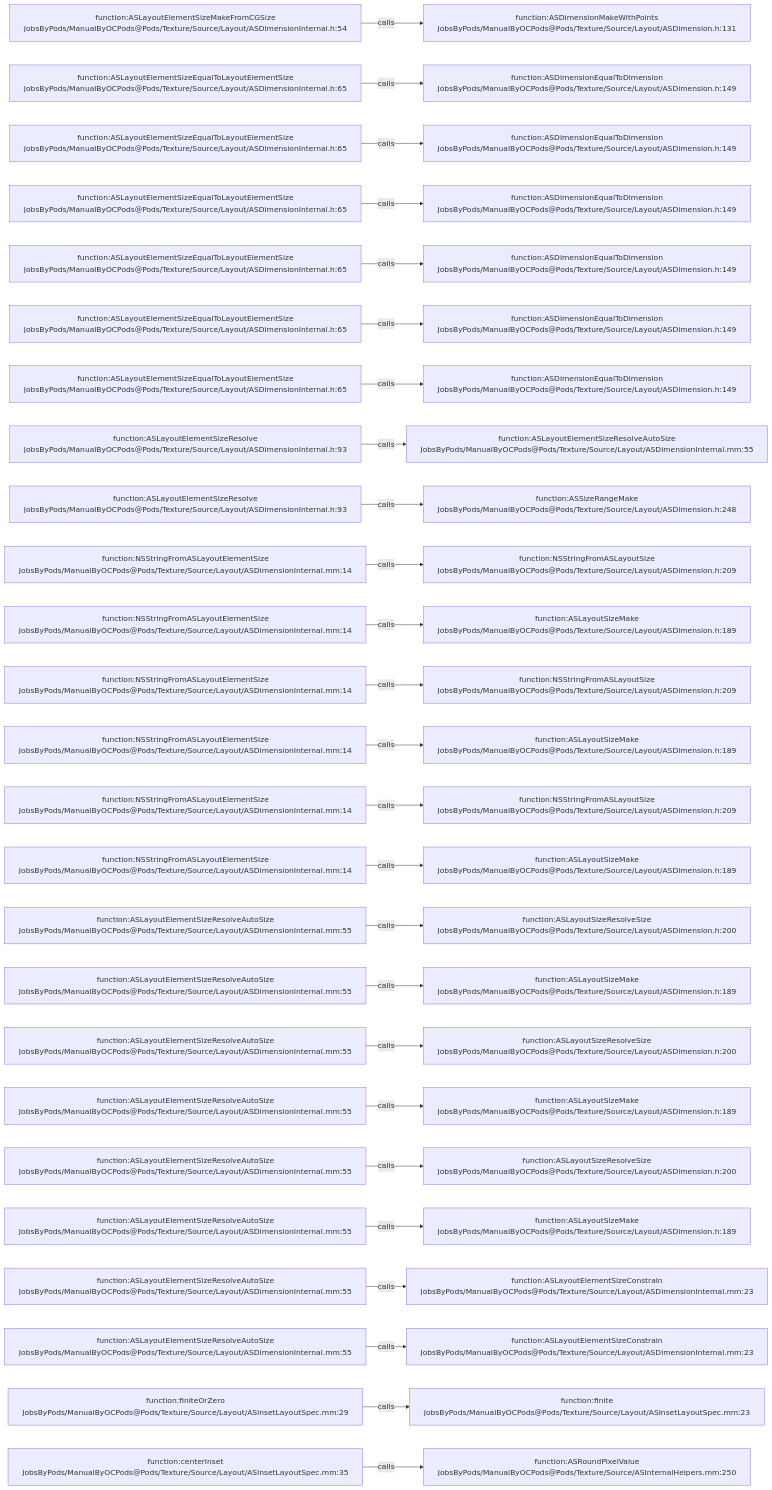
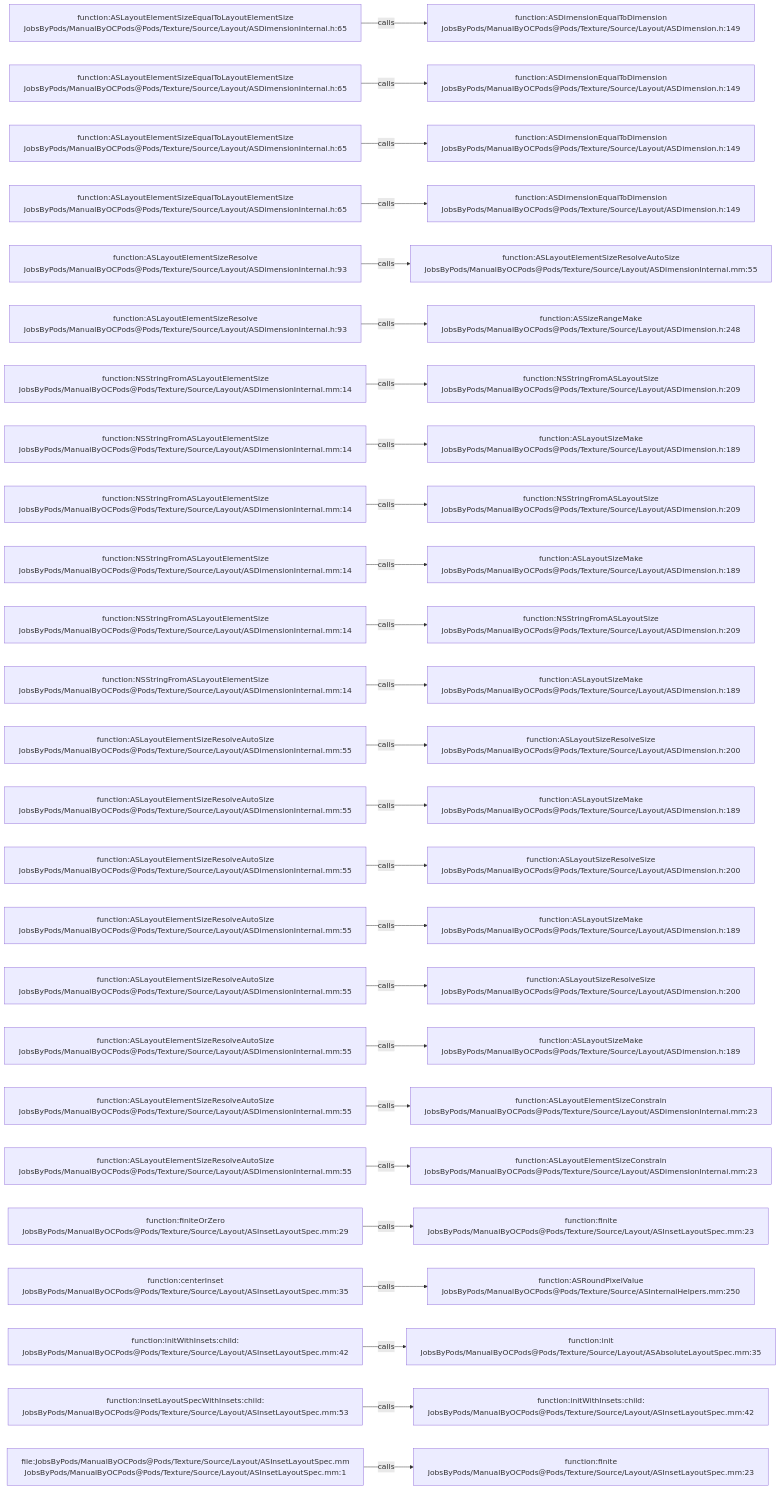
The diagram in .codegraph/codegraph.md/graphs/calls-179.md (JobsKits/JobsOCBaseConfigDemo), drawn with Mermaid before and after one commit. The commit also changed 342 other files, not shown here.

````diff
--- a/.codegraph/codegraph.md/graphs/calls-179.md
+++ b/.codegraph/codegraph.md/graphs/calls-179.md
@@ -13,78 +13,78 @@
 ```mermaid
 flowchart LR
-  S1["function:ASLayoutElementSizeMakeFromCGSize<br/>JobsByPods/ManualByOCPods@Pods/Texture/Source/Layout/ASDimensionInternal.h:54"]
-  T1["function:ASDimensionMakeWithPoints<br/>JobsByPods/ManualByOCPods@Pods/Texture/Source/Layout/ASDimension.h:131"]
+  S1["function:ASLayoutElementSizeEqualToLayoutElementSize<br/>JobsByPods/ManualByOCPods@Pods/Texture/Source/Layout/ASDimensionInternal.h:65"]
+  T1["function:ASDimensionEqualToDimension<br/>JobsByPods/ManualByOCPods@Pods/Texture/Source/Layout/ASDimension.h:149"]
   S1 -->|calls| T1
   S2["function:ASLayoutElementSizeEqualToLayoutElementSize<br/>JobsByPods/ManualByOCPods@Pods/Texture/Source/Layout/ASDimensionInternal.h:65"]
   T2["function:ASDimensionEqualToDimension<br/>JobsByPods/ManualByOCPods@Pods/Texture/Source/Layout/ASDimension.h:149"]
   S2 -->|calls| T2
   S3["function:ASLayoutElementSizeEqualToLayoutElementSize<br/>JobsByPods/ManualByOCPods@Pods/Texture/Source/Layout/ASDimensionInternal.h:65"]
   T3["function:ASDimensionEqualToDimension<br/>JobsByPods/ManualByOCPods@Pods/Texture/Source/Layout/ASDimension.h:149"]
   S3 -->|calls| T3
   S4["function:ASLayoutElementSizeEqualToLayoutElementSize<br/>JobsByPods/ManualByOCPods@Pods/Texture/Source/Layout/ASDimensionInternal.h:65"]
   T4["function:ASDimensionEqualToDimension<br/>JobsByPods/ManualByOCPods@Pods/Texture/Source/Layout/ASDimension.h:149"]
   S4 -->|calls| T4
-  S5["function:ASLayoutElementSizeEqualToLayoutElementSize<br/>JobsByPods/ManualByOCPods@Pods/Texture/Source/Layout/ASDimensionInternal.h:65"]
-  T5["function:ASDimensionEqualToDimension<br/>JobsByPods/ManualByOCPods@Pods/Texture/Source/Layout/ASDimension.h:149"]
+  S5["function:ASLayoutElementSizeResolve<br/>JobsByPods/ManualByOCPods@Pods/Texture/Source/Layout/ASDimensionInternal.h:93"]
+  T5["function:ASLayoutElementSizeResolveAutoSize<br/>JobsByPods/ManualByOCPods@Pods/Texture/Source/Layout/ASDimensionInternal.mm:55"]
   S5 -->|calls| T5
-  S6["function:ASLayoutElementSizeEqualToLayoutElementSize<br/>JobsByPods/ManualByOCPods@Pods/Texture/Source/Layout/ASDimensionInternal.h:65"]
-  T6["function:ASDimensionEqualToDimension<br/>JobsByPods/ManualByOCPods@Pods/Texture/Source/Layout/ASDimension.h:149"]
+  S6["function:ASLayoutElementSizeResolve<br/>JobsByPods/ManualByOCPods@Pods/Texture/Source/Layout/ASDimensionInternal.h:93"]
+  T6["function:ASSizeRangeMake<br/>JobsByPods/ManualByOCPods@Pods/Texture/Source/Layout/ASDimension.h:248"]
   S6 -->|calls| T6
-  S7["function:ASLayoutElementSizeEqualToLayoutElementSize<br/>JobsByPods/ManualByOCPods@Pods/Texture/Source/Layout/ASDimensionInternal.h:65"]
-  T7["function:ASDimensionEqualToDimension<br/>JobsByPods/ManualByOCPods@Pods/Texture/Source/Layout/ASDimension.h:149"]
+  S7["function:NSStringFromASLayoutElementSize<br/>JobsByPods/ManualByOCPods@Pods/Texture/Source/Layout/ASDimensionInternal.mm:14"]
+  T7["function:NSStringFromASLayoutSize<br/>JobsByPods/ManualByOCPods@Pods/Texture/Source/Layout/ASDimension.h:209"]
   S7 -->|calls| T7
-  S8["function:ASLayoutElementSizeResolve<br/>JobsByPods/ManualByOCPods@Pods/Texture/Source/Layout/ASDimensionInternal.h:93"]
-  T8["function:ASLayoutElementSizeResolveAutoSize<br/>JobsByPods/ManualByOCPods@Pods/Texture/Source/Layout/ASDimensionInternal.mm:55"]
+  S8["function:NSStringFromASLayoutElementSize<br/>JobsByPods/ManualByOCPods@Pods/Texture/Source/Layout/ASDimensionInternal.mm:14"]
+  T8["function:ASLayoutSizeMake<br/>JobsByPods/ManualByOCPods@Pods/Texture/Source/Layout/ASDimension.h:189"]
   S8 -->|calls| T8
-  S9["function:ASLayoutElementSizeResolve<br/>JobsByPods/ManualByOCPods@Pods/Texture/Source/Layout/ASDimensionInternal.h:93"]
-  T9["function:ASSizeRangeMake<br/>JobsByPods/ManualByOCPods@Pods/Texture/Source/Layout/ASDimension.h:248"]
+  S9["function:NSStringFromASLayoutElementSize<br/>JobsByPods/ManualByOCPods@Pods/Texture/Source/Layout/ASDimensionInternal.mm:14"]
+  T9["function:NSStringFromASLayoutSize<br/>JobsByPods/ManualByOCPods@Pods/Texture/Source/Layout/ASDimension.h:209"]
   S9 -->|calls| T9
   S10["function:NSStringFromASLayoutElementSize<br/>JobsByPods/ManualByOCPods@Pods/Texture/Source/Layout/ASDimensionInternal.mm:14"]
-  T10["function:NSStringFromASLayoutSize<br/>JobsByPods/ManualByOCPods@Pods/Texture/Source/Layout/ASDimension.h:209"]
+  T10["function:ASLayoutSizeMake<br/>JobsByPods/ManualByOCPods@Pods/Texture/Source/Layout/ASDimension.h:189"]
   S10 -->|calls| T10
   S11["function:NSStringFromASLayoutElementSize<br/>JobsByPods/ManualByOCPods@Pods/Texture/Source/Layout/ASDimensionInternal.mm:14"]
-  T11["function:ASLayoutSizeMake<br/>JobsByPods/ManualByOCPods@Pods/Texture/Source/Layout/ASDimension.h:189"]
+  T11["function:NSStringFromASLayoutSize<br/>JobsByPods/ManualByOCPods@Pods/Texture/Source/Layout/ASDimension.h:209"]
   S11 -->|calls| T11
   S12["function:NSStringFromASLayoutElementSize<br/>JobsByPods/ManualByOCPods@Pods/Texture/Source/Layout/ASDimensionInternal.mm:14"]
-  T12["function:NSStringFromASLayoutSize<br/>JobsByPods/ManualByOCPods@Pods/Texture/Source/Layout/ASDimension.h:209"]
+  T12["function:ASLayoutSizeMake<br/>JobsByPods/ManualByOCPods@Pods/Texture/Source/Layout/ASDimension.h:189"]
   S12 -->|calls| T12
-  S13["function:NSStringFromASLayoutElementSize<br/>JobsByPods/ManualByOCPods@Pods/Texture/Source/Layout/ASDimensionInternal.mm:14"]
-  T13["function:ASLayoutSizeMake<br/>JobsByPods/ManualByOCPods@Pods/Texture/Source/Layout/ASDimension.h:189"]
+  S13["function:ASLayoutElementSizeResolveAutoSize<br/>JobsByPods/ManualByOCPods@Pods/Texture/Source/Layout/ASDimensionInternal.mm:55"]
+  T13["function:ASLayoutSizeResolveSize<br/>JobsByPods/ManualByOCPods@Pods/Texture/Source/Layout/ASDimension.h:200"]
   S13 -->|calls| T13
-  S14["function:NSStringFromASLayoutElementSize<br/>JobsByPods/ManualByOCPods@Pods/Texture/Source/Layout/ASDimensionInternal.mm:14"]
-  T14["function:NSStringFromASLayoutSize<br/>JobsByPods/ManualByOCPods@Pods/Texture/Source/Layout/ASDimension.h:209"]
+  S14["function:ASLayoutElementSizeResolveAutoSize<br/>JobsByPods/ManualByOCPods@Pods/Texture/Source/Layout/ASDimensionInternal.mm:55"]
+  T14["function:ASLayoutSizeMake<br/>JobsByPods/ManualByOCPods@Pods/Texture/Source/Layout/ASDimension.h:189"]
   S14 -->|calls| T14
-  S15["function:NSStringFromASLayoutElementSize<br/>JobsByPods/ManualByOCPods@Pods/Texture/Source/Layout/ASDimensionInternal.mm:14"]
-  T15["function:ASLayoutSizeMake<br/>JobsByPods/ManualByOCPods@Pods/Texture/Source/Layout/ASDimension.h:189"]
+  S15["function:ASLayoutElementSizeResolveAutoSize<br/>JobsByPods/ManualByOCPods@Pods/Texture/Source/Layout/ASDimensionInternal.mm:55"]
+  T15["function:ASLayoutSizeResolveSize<br/>JobsByPods/ManualByOCPods@Pods/Texture/Source/Layout/ASDimension.h:200"]
   S15 -->|calls| T15
   S16["function:ASLayoutElementSizeResolveAutoSize<br/>JobsByPods/ManualByOCPods@Pods/Texture/Source/Layout/ASDimensionInternal.mm:55"]
-  T16["function:ASLayoutSizeResolveSize<br/>JobsByPods/ManualByOCPods@Pods/Texture/Source/Layout/ASDimension.h:200"]
+  T16["function:ASLayoutSizeMake<br/>JobsByPods/ManualByOCPods@Pods/Texture/Source/Layout/ASDimension.h:189"]
   S16 -->|calls| T16
   S17["function:ASLayoutElementSizeResolveAutoSize<br/>JobsByPods/ManualByOCPods@Pods/Texture/Source/Layout/ASDimensionInternal.mm:55"]
-  T17["function:ASLayoutSizeMake<br/>JobsByPods/ManualByOCPods@Pods/Texture/Source/Layout/ASDimension.h:189"]
+  T17["function:ASLayoutSizeResolveSize<br/>JobsByPods/ManualByOCPods@Pods/Texture/Source/Layout/ASDimension.h:200"]
   S17 -->|calls| T17
   S18["function:ASLayoutElementSizeResolveAutoSize<br/>JobsByPods/ManualByOCPods@Pods/Texture/Source/Layout/ASDimensionInternal.mm:55"]
-  T18["function:ASLayoutSizeResolveSize<br/>JobsByPods/ManualByOCPods@Pods/Texture/Source/Layout/ASDimension.h:200"]
+  T18["function:ASLayoutSizeMake<br/>JobsByPods/ManualByOCPods@Pods/Texture/Source/Layout/ASDimension.h:189"]
   S18 -->|calls| T18
   S19["function:ASLayoutElementSizeResolveAutoSize<br/>JobsByPods/ManualByOCPods@Pods/Texture/Source/Layout/ASDimensionInternal.mm:55"]
-  T19["function:ASLayoutSizeMake<br/>JobsByPods/ManualByOCPods@Pods/Texture/Source/Layout/ASDimension.h:189"]
+  T19["function:ASLayoutElementSizeConstrain<br/>JobsByPods/ManualByOCPods@Pods/Texture/Source/Layout/ASDimensionInternal.mm:23"]
   S19 -->|calls| T19
   S20["function:ASLayoutElementSizeResolveAutoSize<br/>JobsByPods/ManualByOCPods@Pods/Texture/Source/Layout/ASDimensionInternal.mm:55"]
-  T20["function:ASLayoutSizeResolveSize<br/>JobsByPods/ManualByOCPods@Pods/Texture/Source/Layout/ASDimension.h:200"]
+  T20["function:ASLayoutElementSizeConstrain<br/>JobsByPods/ManualByOCPods@Pods/Texture/Source/Layout/ASDimensionInternal.mm:23"]
   S20 -->|calls| T20
-  S21["function:ASLayoutElementSizeResolveAutoSize<br/>JobsByPods/ManualByOCPods@Pods/Texture/Source/Layout/ASDimensionInternal.mm:55"]
-  T21["function:ASLayoutSizeMake<br/>JobsByPods/ManualByOCPods@Pods/Texture/Source/Layout/ASDimension.h:189"]
+  S21["function:finiteOrZero<br/>JobsByPods/ManualByOCPods@Pods/Texture/Source/Layout/ASInsetLayoutSpec.mm:29"]
+  T21["function:finite<br/>JobsByPods/ManualByOCPods@Pods/Texture/Source/Layout/ASInsetLayoutSpec.mm:23"]
   S21 -->|calls| T21
-  S22["function:ASLayoutElementSizeResolveAutoSize<br/>JobsByPods/ManualByOCPods@Pods/Texture/Source/Layout/ASDimensionInternal.mm:55"]
-  T22["function:ASLayoutElementSizeConstrain<br/>JobsByPods/ManualByOCPods@Pods/Texture/Source/Layout/ASDimensionInternal.mm:23"]
+  S22["function:centerInset<br/>JobsByPods/ManualByOCPods@Pods/Texture/Source/Layout/ASInsetLayoutSpec.mm:35"]
+  T22["function:ASRoundPixelValue<br/>JobsByPods/ManualByOCPods@Pods/Texture/Source/ASInternalHelpers.mm:250"]
   S22 -->|calls| T22
-  S23["function:ASLayoutElementSizeResolveAutoSize<br/>JobsByPods/ManualByOCPods@Pods/Texture/Source/Layout/ASDimensionInternal.mm:55"]
-  T23["function:ASLayoutElementSizeConstrain<br/>JobsByPods/ManualByOCPods@Pods/Texture/Source/Layout/ASDimensionInternal.mm:23"]
+  S23["function:initWithInsets:child:<br/>JobsByPods/ManualByOCPods@Pods/Texture/Source/Layout/ASInsetLayoutSpec.mm:42"]
+  T23["function:init<br/>JobsByPods/ManualByOCPods@Pods/Texture/Source/Layout/ASAbsoluteLayoutSpec.mm:35"]
   S23 -->|calls| T23
-  S24["function:finiteOrZero<br/>JobsByPods/ManualByOCPods@Pods/Texture/Source/Layout/ASInsetLayoutSpec.mm:29"]
-  T24["function:finite<br/>JobsByPods/ManualByOCPods@Pods/Texture/Source/Layout/ASInsetLayoutSpec.mm:23"]
+  S24["function:insetLayoutSpecWithInsets:child:<br/>JobsByPods/ManualByOCPods@Pods/Texture/Source/Layout/ASInsetLayoutSpec.mm:53"]
+  T24["function:initWithInsets:child:<br/>JobsByPods/ManualByOCPods@Pods/Texture/Source/Layout/ASInsetLayoutSpec.mm:42"]
   S24 -->|calls| T24
-  S25["function:centerInset<br/>JobsByPods/ManualByOCPods@Pods/Texture/Source/Layout/ASInsetLayoutSpec.mm:35"]
-  T25["function:ASRoundPixelValue<br/>JobsByPods/ManualByOCPods@Pods/Texture/Source/ASInternalHelpers.mm:250"]
+  S25["file:JobsByPods/ManualByOCPods@Pods/Texture/Source/Layout/ASInsetLayoutSpec.mm<br/>JobsByPods/ManualByOCPods@Pods/Texture/Source/Layout/ASInsetLayoutSpec.mm:1"]
+  T25["function:finite<br/>JobsByPods/ManualByOCPods@Pods/Texture/Source/Layout/ASInsetLayoutSpec.mm:23"]
   S25 -->|calls| T25
 ```
````
